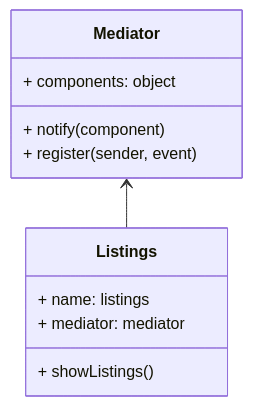
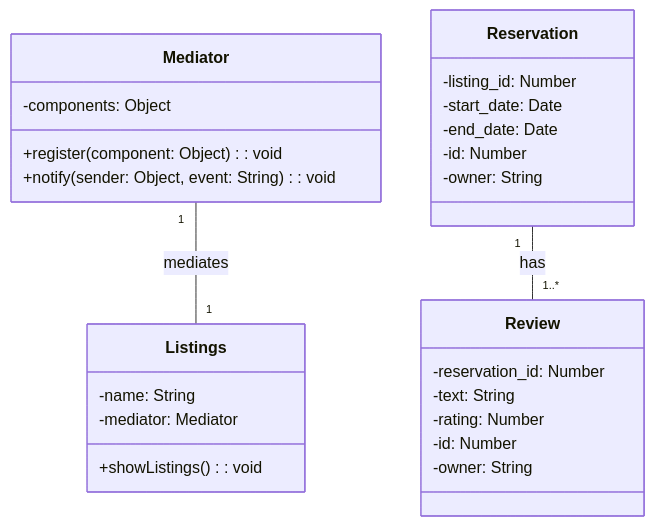
Before and after one commit to andyblarblar/DriveShareWeb: the third of 6 diagrams in docs/UML.md, drawn with Mermaid.

````diff
--- a/docs/UML.md
+++ b/docs/UML.md
@@ -125,17 +125,33 @@
 ```mermaid
 classDiagram
-    direction BT
-    class Mediator {
-        + components: object
-        + notify(component)
-        + register(sender, event)
-    }
+class Mediator {
+  -components: Object
+  +register(component: Object): void
+  +notify(sender: Object, event: String): void
+}
 
-    class Listings {
-        + name: listings
-        + mediator: mediator
-        + showListings()
-    }
+class Listings {
+  -name: String
+  -mediator: Mediator
+  +showListings(): void
+}
 
-    Listings --> Mediator
+class Review {
+  -reservation_id: Number
+  -text: String
+  -rating: Number
+  -id: Number
+  -owner: String
+}
+
+class Reservation {
+  -listing_id: Number
+  -start_date: Date
+  -end_date: Date
+  -id: Number
+  -owner: String
+}
+
+Mediator "1" -- "1" Listings: mediates
+Reservation "1" -- "1..*" Review: has
 ```
````
